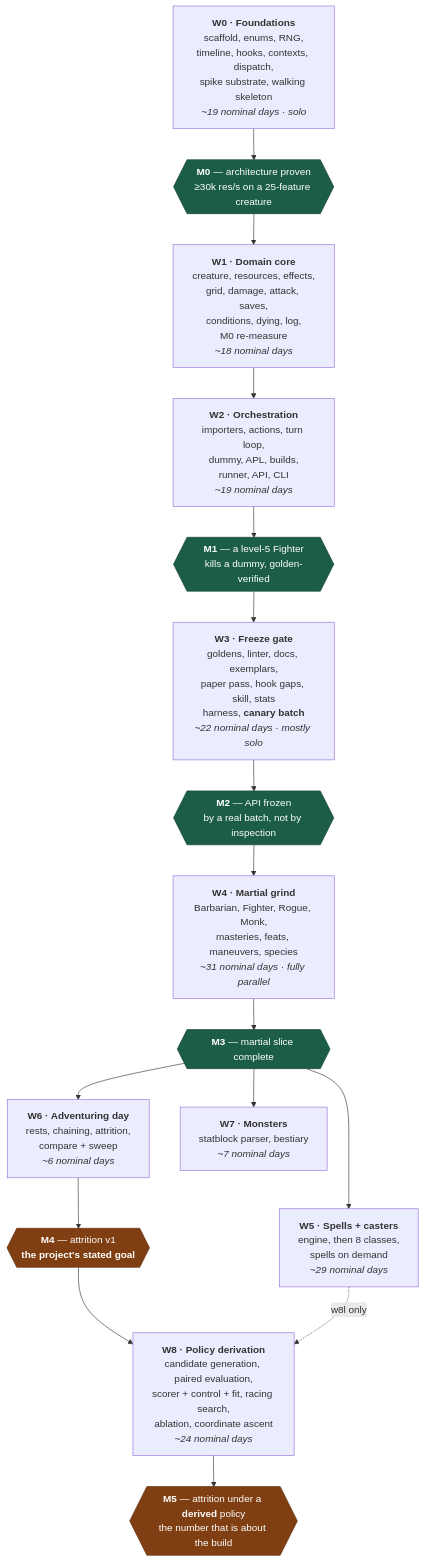
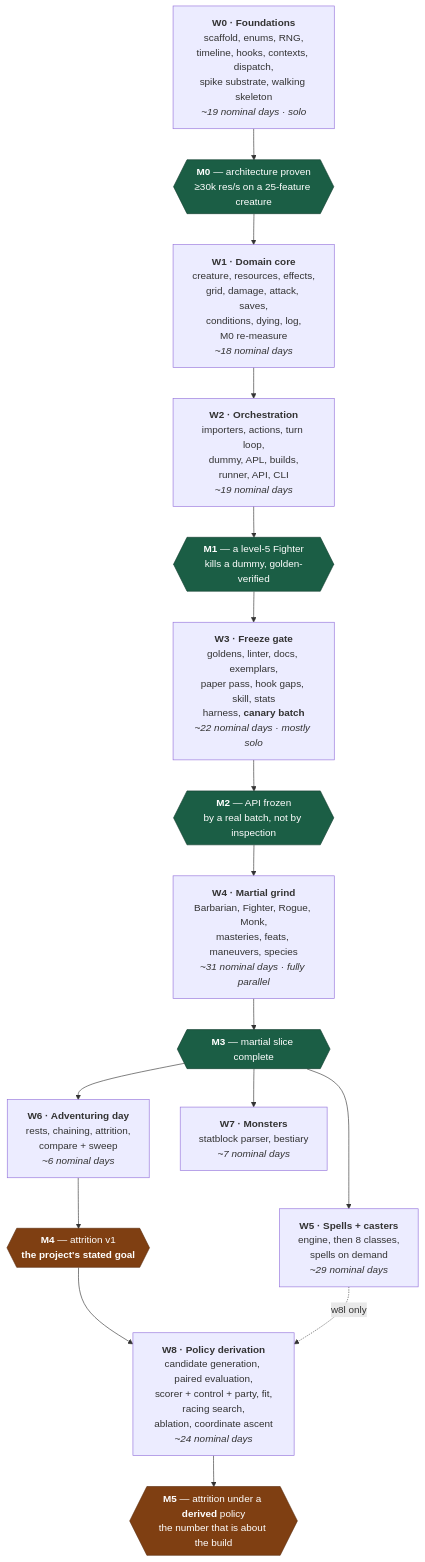
Before and after one commit to Luguza/DnD-Simulator: the diagram in ROADMAP.md, drawn with Mermaid. The commit also changed other lines of this file and 2 other files, not shown here.

````diff
--- a/ROADMAP.md
+++ b/ROADMAP.md
@@ -89,30 +89,30 @@
 ```mermaid
 flowchart TD
     W0["<b>W0 · Foundations</b><br/>scaffold, enums, RNG,<br/>timeline, hooks, contexts, dispatch,<br/>spike substrate, walking skeleton<br/><i>~19 nominal days · solo</i>"]
     M0{{"<b>M0</b> — architecture proven<br/>≥30k res/s on a 25-feature creature"}}
     W1["<b>W1 · Domain core</b><br/>creature, resources, effects,<br/>grid, damage, attack, saves,<br/>conditions, dying, log,<br/>M0 re-measure<br/><i>~18 nominal days</i>"]
     W2["<b>W2 · Orchestration</b><br/>importers, actions, turn loop,<br/>dummy, APL, builds,<br/>runner, API, CLI<br/><i>~19 nominal days</i>"]
     M1{{"<b>M1</b> — a level-5 Fighter<br/>kills a dummy, golden-verified"}}
     W3["<b>W3 · Freeze gate</b><br/>goldens, linter, docs, exemplars,<br/>paper pass, hook gaps, skill, stats<br/>harness, <b>canary batch</b><br/><i>~22 nominal days · mostly solo</i>"]
     M2{{"<b>M2</b> — API frozen<br/>by a real batch, not by inspection"}}
     W4["<b>W4 · Martial grind</b><br/>Barbarian, Fighter, Rogue, Monk,<br/>masteries, feats, maneuvers, species<br/><i>~31 nominal days · fully parallel</i>"]
     M3{{"<b>M3</b> — martial slice complete"}}
     W5["<b>W5 · Spells + casters</b><br/>engine, then 8 classes,<br/>spells on demand<br/><i>~29 nominal days</i>"]
     W6["<b>W6 · Adventuring day</b><br/>rests, chaining, attrition,<br/>compare + sweep<br/><i>~6 nominal days</i>"]
     M4{{"<b>M4</b> — attrition v1<br/><b>the project's stated goal</b>"}}
     W7["<b>W7 · Monsters</b><br/>statblock parser, bestiary<br/><i>~7 nominal days</i>"]
-    W8["<b>W8 · Policy derivation</b><br/>candidate generation, paired evaluation,<br/>scorer + control + fit, racing search,<br/>ablation, coordinate ascent<br/><i>~24 nominal days</i>"]
+    W8["<b>W8 · Policy derivation</b><br/>candidate generation, paired evaluation,<br/>scorer + control + party, fit,<br/>racing search,<br/>ablation, coordinate ascent<br/><i>~24 nominal days</i>"]
     M5{{"<b>M5</b> — attrition under a <b>derived</b> policy<br/>the number that is about the build"}}
 
     W0 --> M0 --> W1 --> W2 --> M1 --> W3 --> M2 --> W4 --> M3
     M3 --> W5
     M3 --> W6 --> M4
     M3 --> W7
     M4 --> W8 --> M5
     W5 -.->|"w8l only"| W8
 
     classDef gate fill:#1b5e45,stroke:#123f2f,color:#ffffff;
     classDef goal fill:#7f3f12,stroke:#5c2d0d,color:#ffffff;
     class M0,M1,M2,M3 gate;
     class M4,M5 goal;
 ```
````
